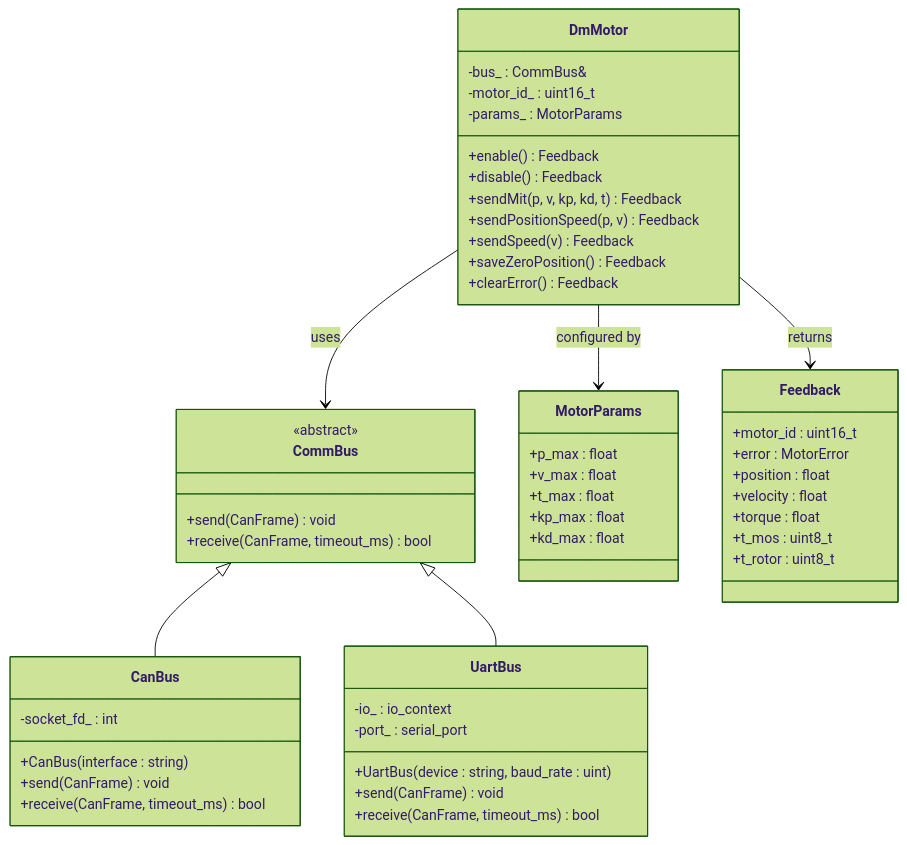
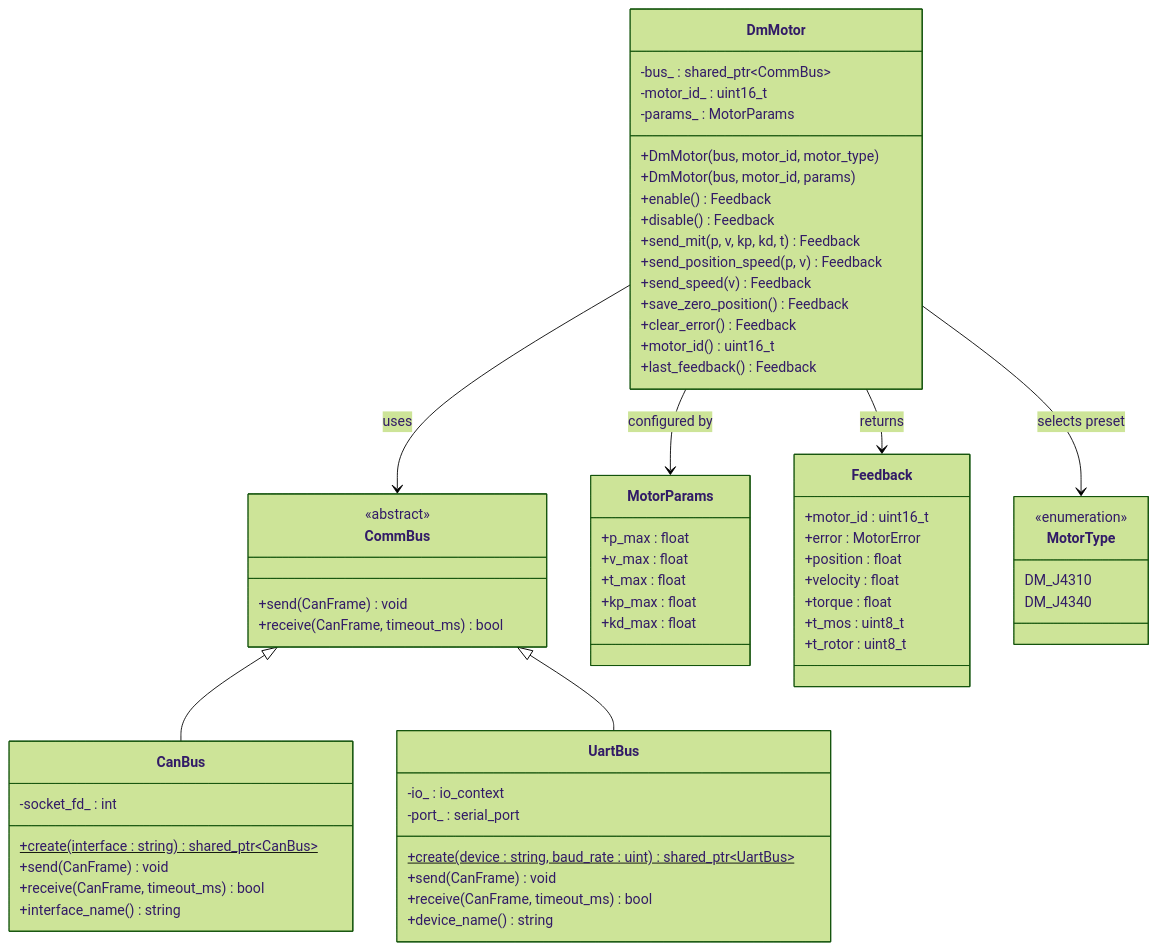
Before and after one commit to nu-jliu/damiao-driver-cpp: the second of 4 diagrams in README.md, drawn with Mermaid (forest theme). The commit also changed other lines of this file, not shown here.

````diff
--- a/README.md
+++ b/README.md
@@ -38,60 +39,73 @@
 ```mermaid
 classDiagram
     class CommBus {
         <<abstract>>
         +send(CanFrame) void
         +receive(CanFrame, timeout_ms) bool
     }
 
     class CanBus {
         -socket_fd_ : int
-        +CanBus(interface : string)
+        +create(interface : string)$ shared_ptr~CanBus~
         +send(CanFrame) void
         +receive(CanFrame, timeout_ms) bool
+        +interface_name() string
     }
 
     class UartBus {
         -io_ : io_context
         -port_ : serial_port
-        +UartBus(device : string, baud_rate : uint)
+        +create(device : string, baud_rate : uint)$ shared_ptr~UartBus~
         +send(CanFrame) void
         +receive(CanFrame, timeout_ms) bool
+        +device_name() string
     }
 
     class DmMotor {
-        -bus_ : CommBus&
+        -bus_ : shared_ptr~CommBus~
         -motor_id_ : uint16_t
         -params_ : MotorParams
+        +DmMotor(bus, motor_id, motor_type)
+        +DmMotor(bus, motor_id, params)
         +enable() Feedback
         +disable() Feedback
-        +sendMit(p, v, kp, kd, t) Feedback
-        +sendPositionSpeed(p, v) Feedback
-        +sendSpeed(v) Feedback
-        +saveZeroPosition() Feedback
-        +clearError() Feedback
+        +send_mit(p, v, kp, kd, t) Feedback
+        +send_position_speed(p, v) Feedback
+        +send_speed(v) Feedback
+        +save_zero_position() Feedback
+        +clear_error() Feedback
+        +motor_id() uint16_t
+        +last_feedback() Feedback
     }
 
     class MotorParams {
         +p_max : float
         +v_max : float
         +t_max : float
         +kp_max : float
         +kd_max : float
     }
 
     class Feedback {
         +motor_id : uint16_t
         +error : MotorError
         +position : float
         +velocity : float
         +torque : float
         +t_mos : uint8_t
         +t_rotor : uint8_t
     }
 
+    class MotorType {
+        <<enumeration>>
+        DM_J4310
+        DM_J4340
+    }
+
     CommBus <|-- CanBus
     CommBus <|-- UartBus
     DmMotor --> CommBus : uses
     DmMotor --> MotorParams : configured by
+    DmMotor --> MotorType : selects preset
     DmMotor --> Feedback : returns
 ```
````
